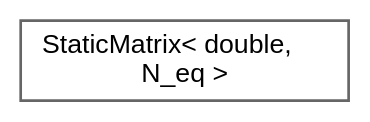
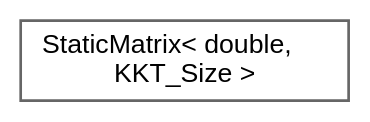
One commit to jswoo0615/Algorithms_for_Optimization_cpp changed the diagram in inherit_graph_62.dot. Above: the diagram before and after it, drawn with Graphviz. The commit also changed 121 other files, not shown here.

```diff
--- a/inherit_graph_62.dot
+++ b/inherit_graph_62.dot
@@ -1,9 +1,9 @@
 digraph "Graphical Class Hierarchy"
 {
  // LATEX_PDF_SIZE
   bgcolor="transparent";
   edge [fontname=Helvetica,fontsize=10,labelfontname=Helvetica,labelfontsize=10];
   node [fontname=Helvetica,fontsize=10,shape=box,height=0.2,width=0.4];
   rankdir="LR";
-  Node0 [id="Node000000",label="StaticMatrix\< double,\l N_eq \>",height=0.2,width=0.4,color="grey40", fillcolor="white", style="filled",URL="$classStaticMatrix.html",tooltip=" "];
+  Node0 [id="Node000000",label="StaticMatrix\< double,\l KKT_Size \>",height=0.2,width=0.4,color="grey40", fillcolor="white", style="filled",URL="$classStaticMatrix.html",tooltip=" "];
 }
```
